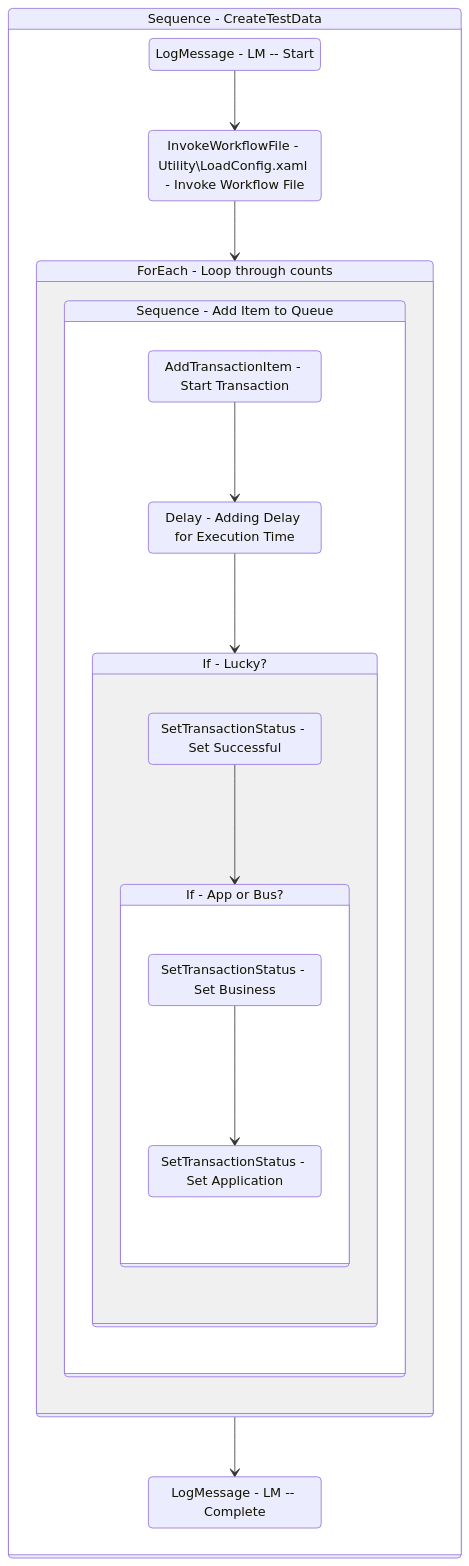
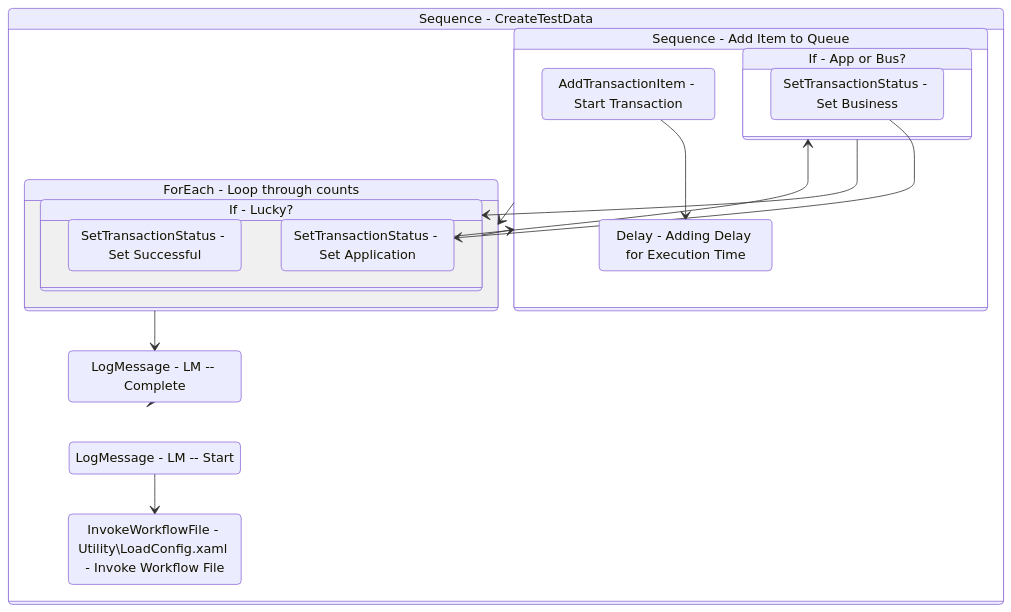
The diagram in Documentation/.templates/Reporters/Basic/Tests/CreateTestData.md (yashbrahmbhatt/LazyFramework), drawn with Mermaid before and after one commit. The commit also changed 83 other files, not shown here.

````diff
--- a/Documentation/.templates/Reporters/Basic/Tests/CreateTestData.md
+++ b/Documentation/.templates/Reporters/Basic/Tests/CreateTestData.md
@@ -103,41 +103,41 @@
 ```mermaid
 stateDiagram-v2
-
 
 Sequence_1: Sequence - CreateTestData
 state Sequence_1 {
 direction TB
 LogMessage_1 : LogMessage - LM -- Start
 InvokeWorkflowFile_1 : InvokeWorkflowFile - Utility\\LoadConfig.xaml - Invoke Workflow File
 LogMessage_1 --> InvokeWorkflowFile_1
-InvokeWorkflowFile_1 --> ForEach1_1
 ForEach1_1: ForEach - Loop through counts
 state ForEach1_1 {
 direction TB
-
 Sequence_2: Sequence - Add Item to Queue
 state Sequence_2 {
 direction TB
 AddTransactionItem_1 : AddTransactionItem - Start Transaction
 Delay_1 : Delay - Adding Delay for Execution Time
 AddTransactionItem_1 --> Delay_1
-Delay_1 --> If_1
 If_1: If - Lucky?
 state If_1 {
 direction TB
 SetTransactionStatus_1 : SetTransactionStatus - Set Successful
-SetTransactionStatus_1 --> If_2
 If_2: If - App or Bus?
 state If_2 {
 direction TB
 SetTransactionStatus_3 : SetTransactionStatus - Set Business
 SetTransactionStatus_5 : SetTransactionStatus - Set Application
 SetTransactionStatus_3 --> SetTransactionStatus_5
 }
+SetTransactionStatus_5 --> If_2
 }
+If_2 --> If_1
 }
+If_1 --> Sequence_2
 }
+Sequence_2 --> ForEach1_1
 LogMessage_2 : LogMessage - LM -- Complete
 ForEach1_1 --> LogMessage_2
 }
+LogMessage_2 --> Sequence_1
 ```
````
